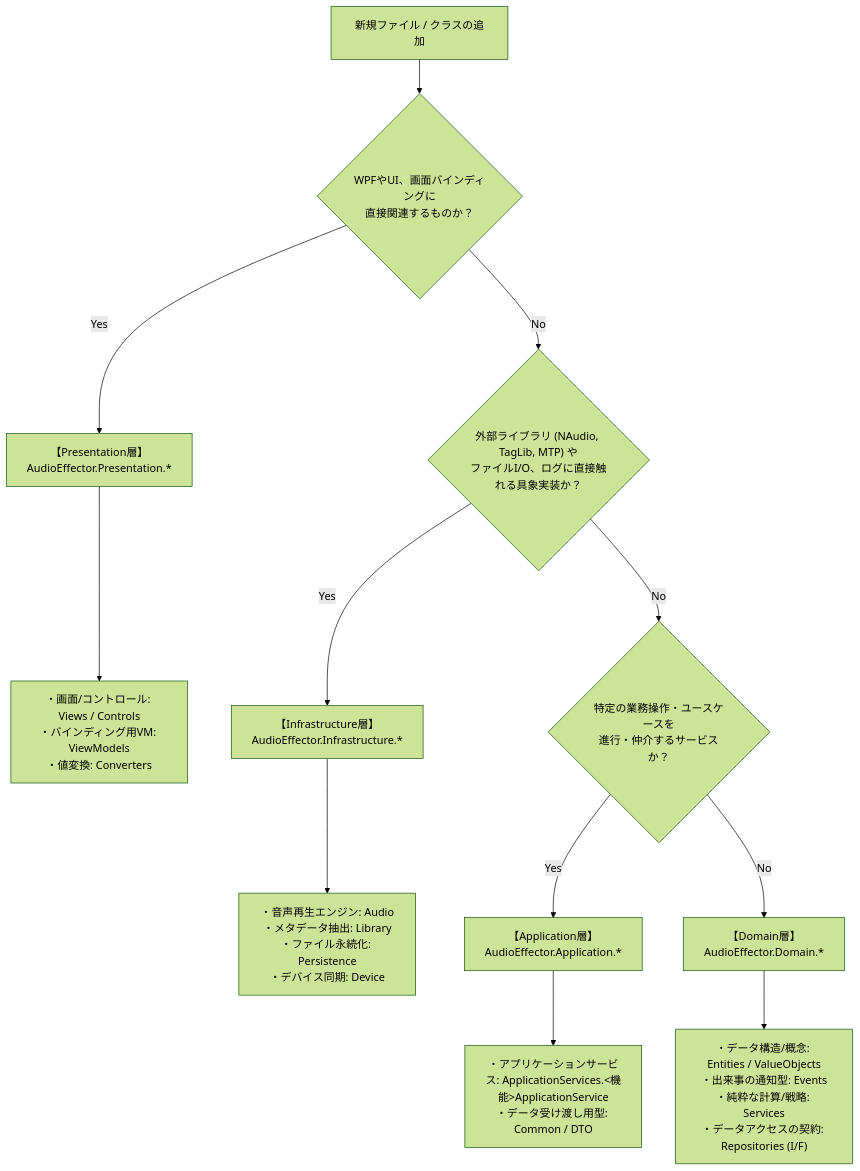
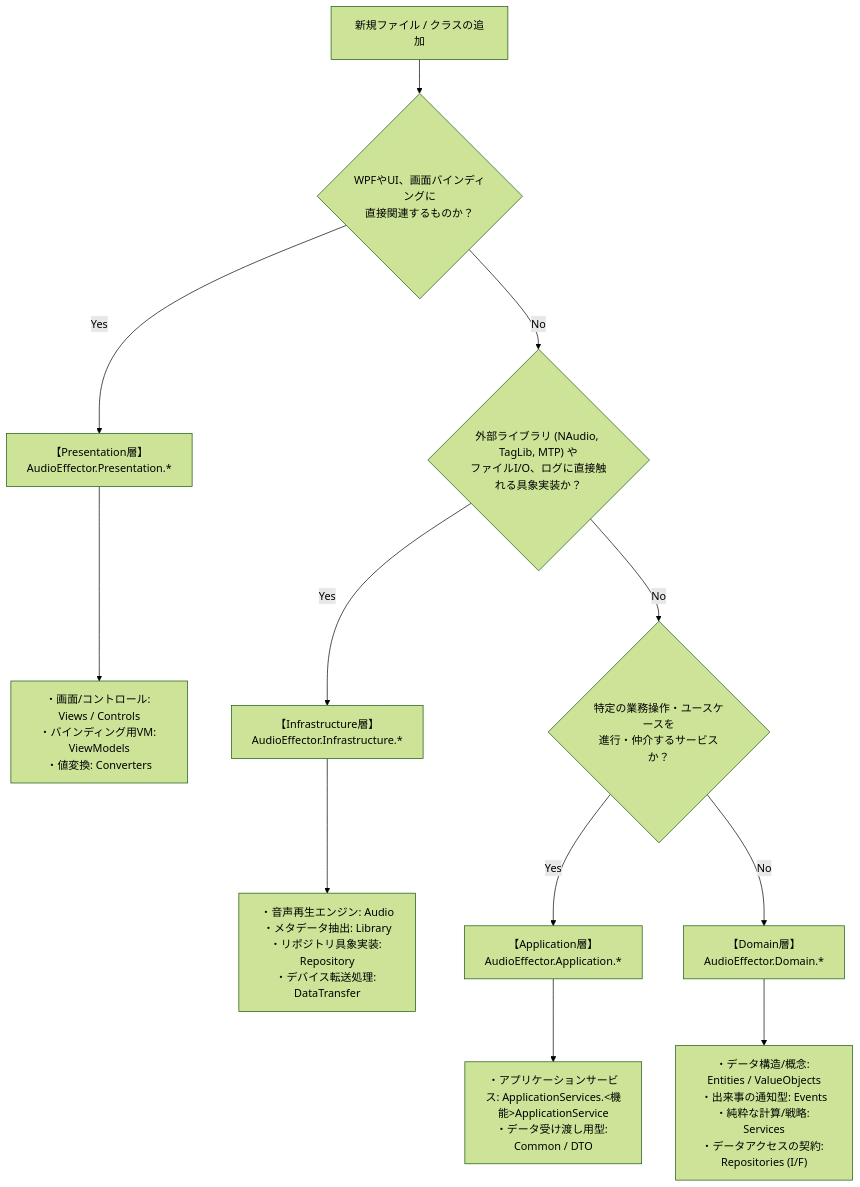
The second of 3 diagrams in 設計/詳細設計/アーキテクチャ/アーキテクチャ全体設計書.md (taketonnbo/Audio_Effector), drawn with Mermaid (forest theme) before and after one commit. The commit also changed other lines of this file and 3 other files, not shown here.

````diff
--- a/設計/詳細設計/アーキテクチャ/アーキテクチャ全体設計書.md
+++ b/設計/詳細設計/アーキテクチャ/アーキテクチャ全体設計書.md
@@ -51,20 +52,20 @@
 ```mermaid
 flowchart TD
     Start["新規ファイル / クラスの追加"] --> Q1{"WPFやUI、画面バインディングに<br>直接関連するものか？"}
     
     Q1 -- Yes --> P["【Presentation層】<br>AudioEffector.Presentation.*"]
     P --> P1["・画面/コントロール: Views / Controls<br>・バインディング用VM: ViewModels<br>・値変換: Converters"]
 
     Q1 -- No --> Q2{"外部ライブラリ (NAudio, TagLib, MTP) や<br>ファイルI/O、ログに直接触れる具象実装か？"}
     
     Q2 -- Yes --> I["【Infrastructure層】<br>AudioEffector.Infrastructure.*"]
-    I --> I1["・音声再生エンジン: Audio<br>・メタデータ抽出: Library<br>・ファイル永続化: Persistence<br>・デバイス同期: Device"]
+    I --> I1["・音声再生エンジン: Audio<br>・メタデータ抽出: Library<br>・リポジトリ具象実装: Repository<br>・デバイス転送処理: DataTransfer"]
 
     Q2 -- No --> Q3{"特定の業務操作・ユースケースを<br>進行・仲介するサービスか？"}
     
     Q3 -- Yes --> A["【Application層】<br>AudioEffector.Application.*"]
     A --> A1["・アプリケーションサービス: ApplicationServices.<機能>ApplicationService<br>・データ受け渡し用型: Common / DTO"]
 
     Q3 -- No --> D["【Domain層】<br>AudioEffector.Domain.*"]
     D --> D1["・データ構造/概念: Entities / ValueObjects<br>・出来事の通知型: Events<br>・純粋な計算/戦略: Services<br>・データアクセスの契約: Repositories (I/F)"]
 ```
````
